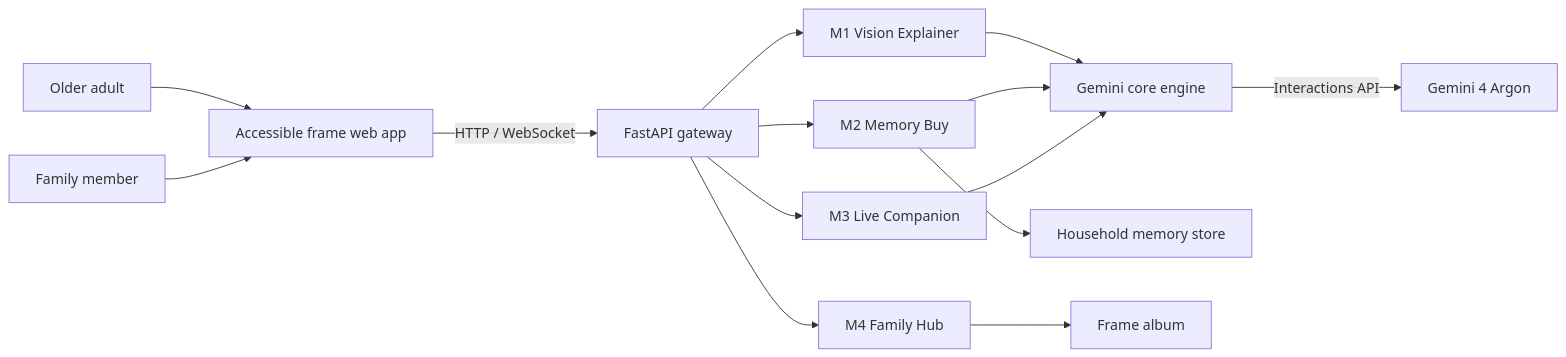
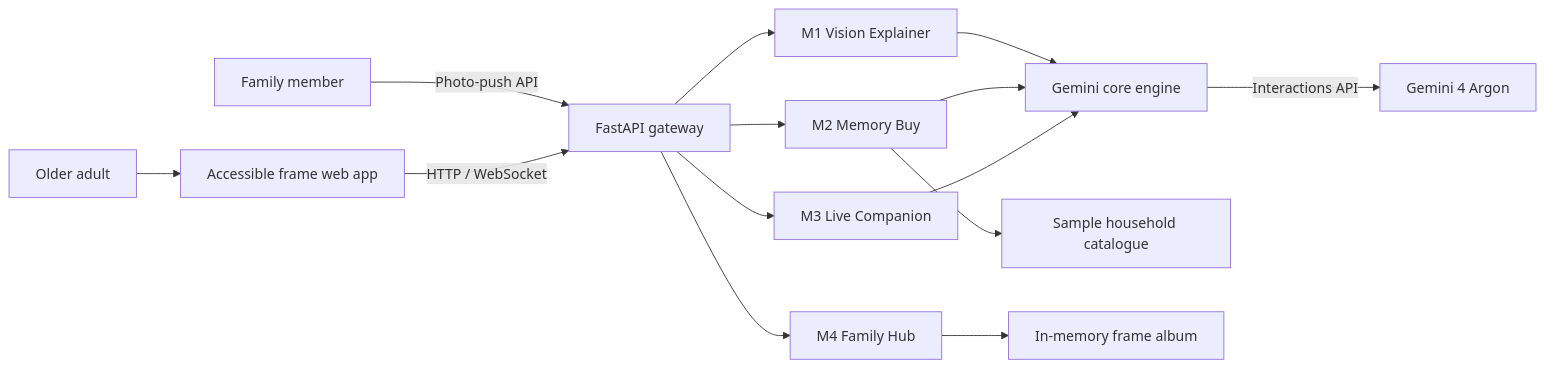
Before and after one commit to YidingWang05/arlo: the diagram in README.md, drawn with Mermaid. The commit also changed other lines of this file, not shown here.

```diff
--- a/README.md
+++ b/README.md
@@ -37,16 +37,16 @@
 ~~~mermaid
 flowchart LR
     U[Older adult] --> F[Accessible frame web app]
-    R[Family member] --> F
+    R[Family member] -->|Photo-push API| API
     F -->|HTTP / WebSocket| API[FastAPI gateway]
     API --> M1[M1 Vision Explainer]
     API --> M2[M2 Memory Buy]
     API --> M3[M3 Live Companion]
     API --> M4[M4 Family Hub]
     M1 --> CORE[Gemini core engine]
     M2 --> CORE
     M3 --> CORE
     CORE -->|Interactions API| ARGON[Gemini 4 Argon]
-    M2 --> MEM[Household memory store]
-    M4 --> ALBUM[Frame album]
+    M2 --> MEM[Sample household catalogue]
+    M4 --> ALBUM[In-memory frame album]
 ~~~
```
